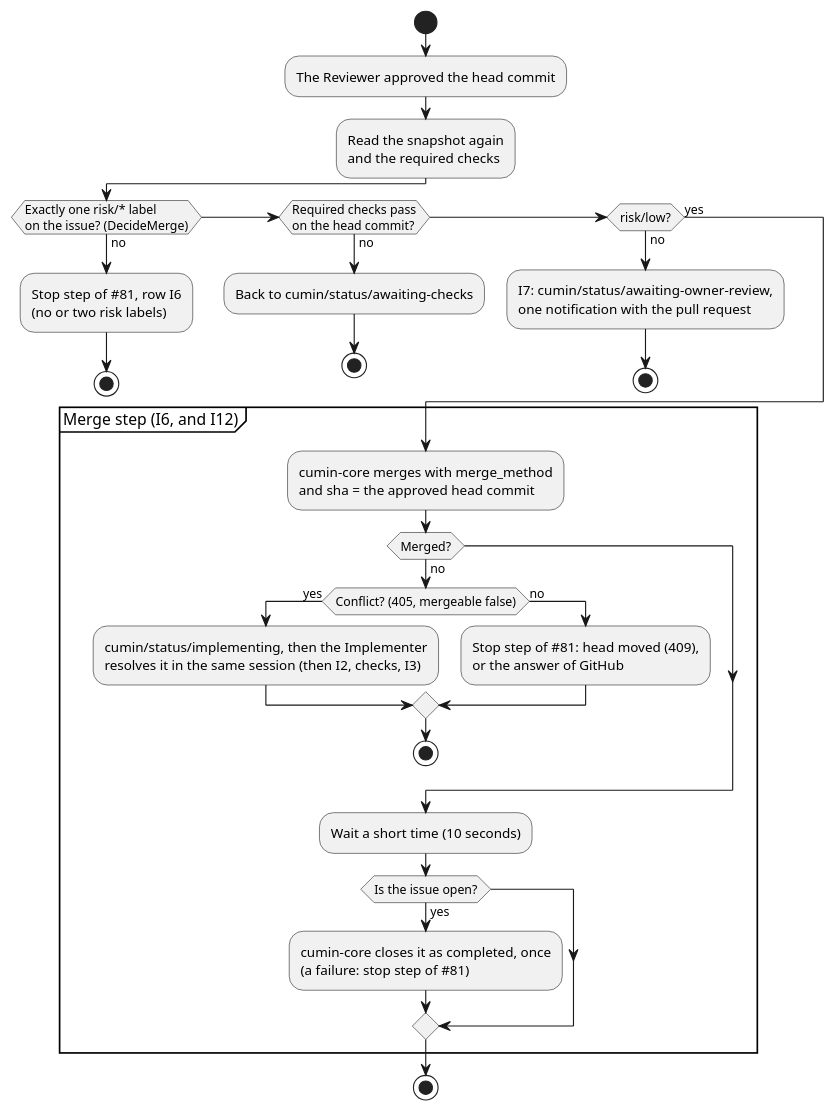
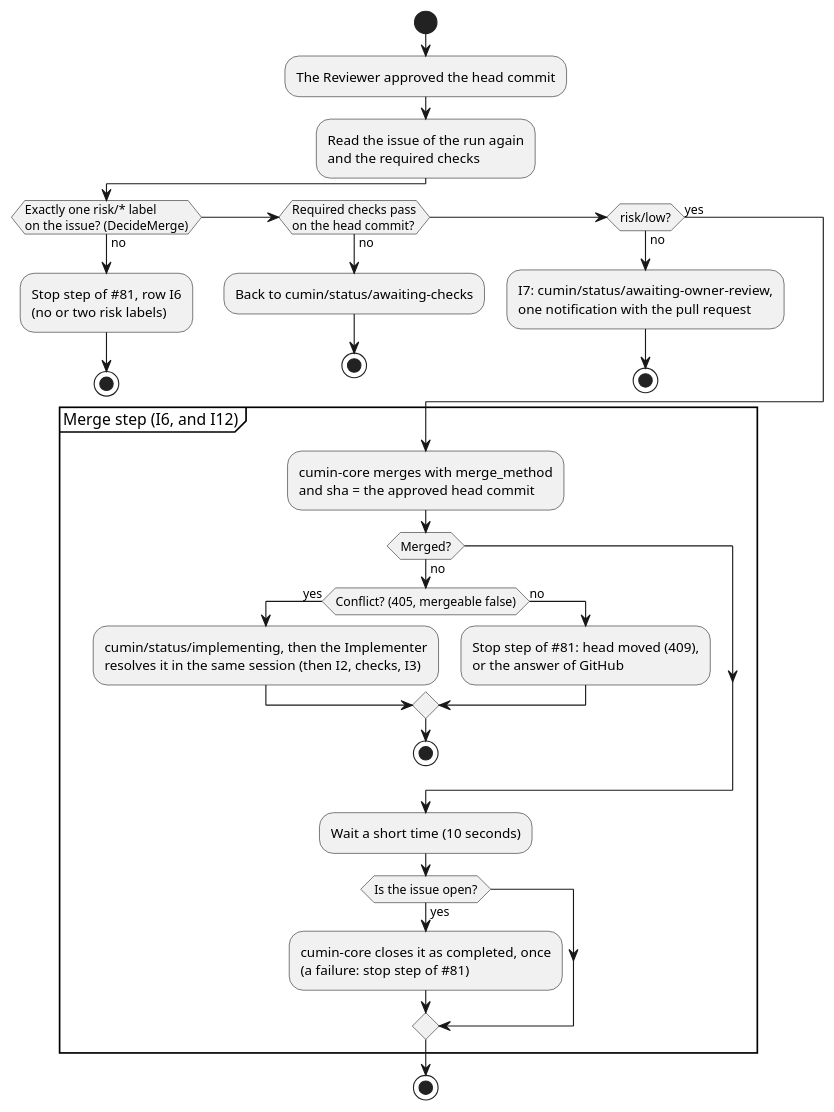
Before and after one commit to cloveclovedev/cumin-works: the diagram in docs/ja/designs/poll-merge.puml, drawn with PlantUML. The commit also changed 19 other files, not shown here.

First line of the commit message:
feat(workflow): read only the issue of the run after an agent run (#434)

```diff
--- a/docs/ja/designs/poll-merge.puml
+++ b/docs/ja/designs/poll-merge.puml
@@ -1,47 +1,47 @@
 @startuml poll-merge
 ' cumin works - the approved pull request (I6, I7) and the merge step that I12 reuses.
 ' Document: poll.md, section on the merge step.
 ' Render: run scripts/render-diagrams.sh at the root of the repository.
 skinparam shadowing false
 skinparam defaultFontName sans-serif
 
 start
 :The Reviewer approved the head commit;
-:Read the snapshot again
+:Read the issue of the run again
 and the required checks;
 if (Exactly one risk/* label
 on the issue? (DecideMerge)) then (no)
   :Stop step of #81, row I6
   (no or two risk labels);
   stop
 elseif (Required checks pass
 on the head commit?) then (no)
   :Back to cumin/status/awaiting-checks;
   stop
 elseif (risk/low?) then (no)
   :I7: cumin/status/awaiting-owner-review,
   one notification with the pull request;
   stop
 else (yes)
 endif
 partition "Merge step (I6, and I12)" {
   :cumin-core merges with merge_method
   and sha = the approved head commit;
   if (Merged?) then (no)
     if (Conflict? (405, mergeable false)) then (yes)
       :cumin/status/implementing, then the Implementer
       resolves it in the same session (then I2, checks, I3);
     else (no)
       :Stop step of #81: head moved (409),
       or the answer of GitHub;
     endif
     stop
   endif
   :Wait a short time (10 seconds);
   if (Is the issue open?) then (yes)
     :cumin-core closes it as completed, once
     (a failure: stop step of #81);
   endif
 }
 stop
 @enduml
```
